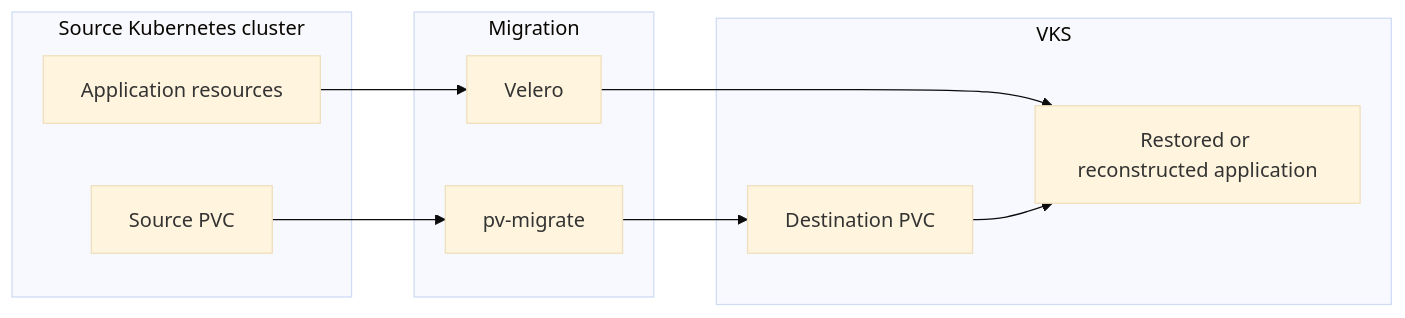
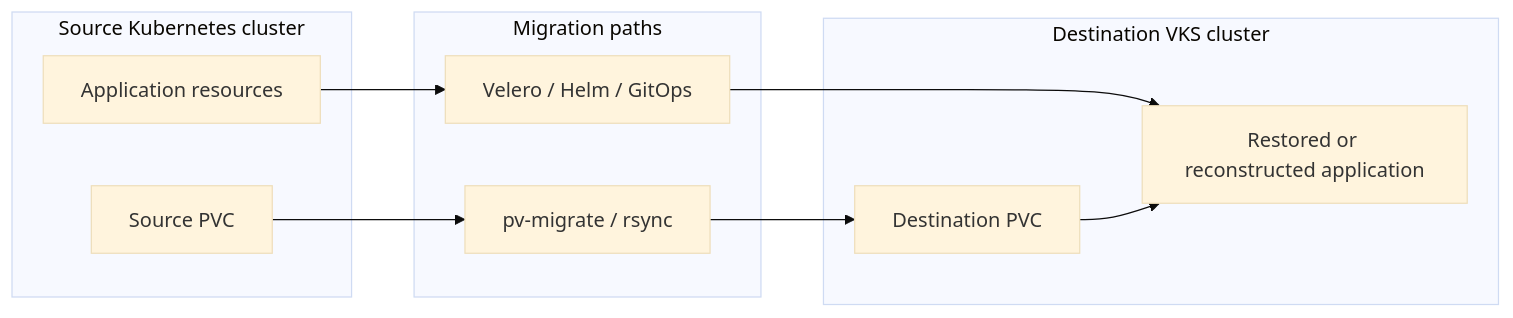
One commit to vmware/vks-validated-solutions changed the second of 4 diagrams in VKS-Migrations/README.md. Above: the diagram before and after it, drawn with Mermaid (base theme). The commit also changed other lines of this file and 16 other files, not shown here.

````diff
--- a/VKS-Migrations/README.md
+++ b/VKS-Migrations/README.md
@@ -52,21 +53,21 @@
 ```mermaid
 flowchart LR
     subgraph SOURCE["Source Kubernetes cluster"]
-        META1["Application resources"]
+        APP1["Application resources"]
         PVC1["Source PVC"]
     end
 
-    subgraph TOOLS["Migration"]
-        VELERO["Velero"]
-        PVM["pv-migrate"]
+    subgraph MIGRATION["Migration paths"]
+        META["Velero / Helm / GitOps"]
+        DATA["pv-migrate / rsync"]
     end
 
-    subgraph DESTINATION["VKS"]
-        META2["Restored or reconstructed application"]
+    subgraph DESTINATION["Destination VKS cluster"]
+        APP2["Restored or reconstructed application"]
         PVC2["Destination PVC"]
     end
 
-    META1 --> VELERO --> META2
-    PVC1 --> PVM --> PVC2
-    PVC2 --> META2
+    APP1 --> META --> APP2
+    PVC1 --> DATA --> PVC2
+    PVC2 --> APP2
 ```
````
